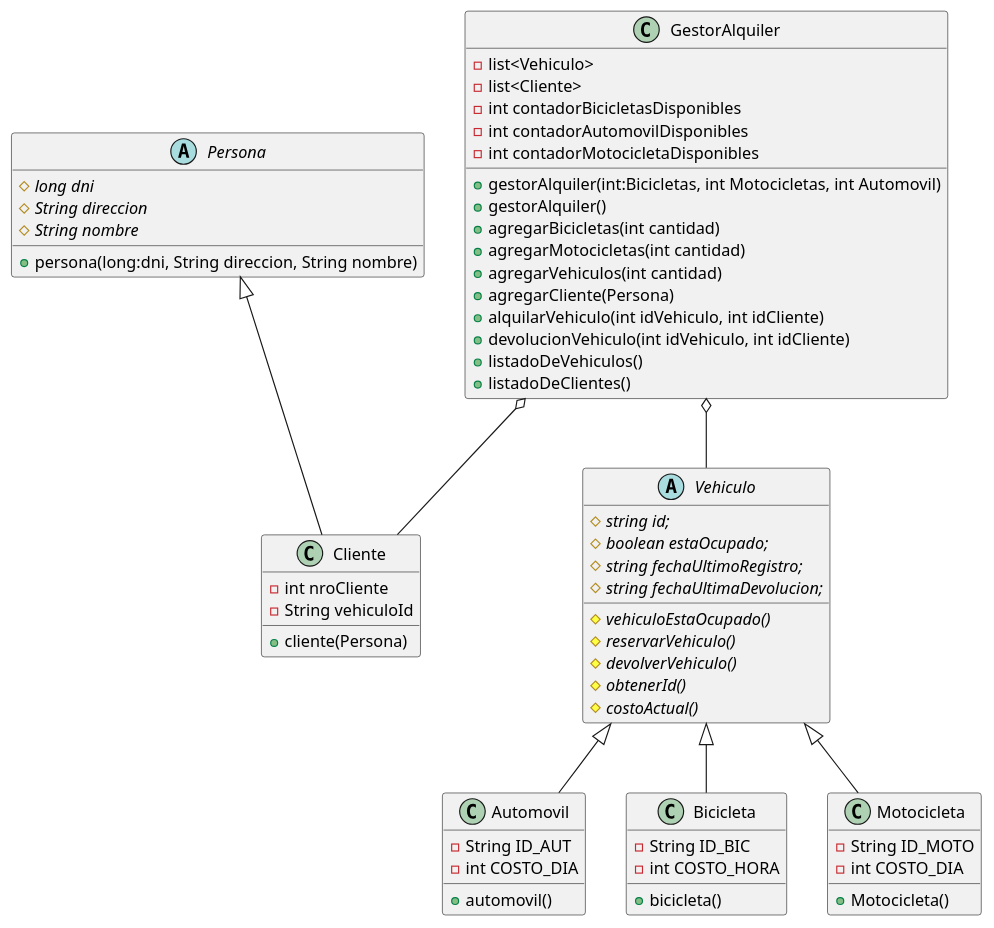
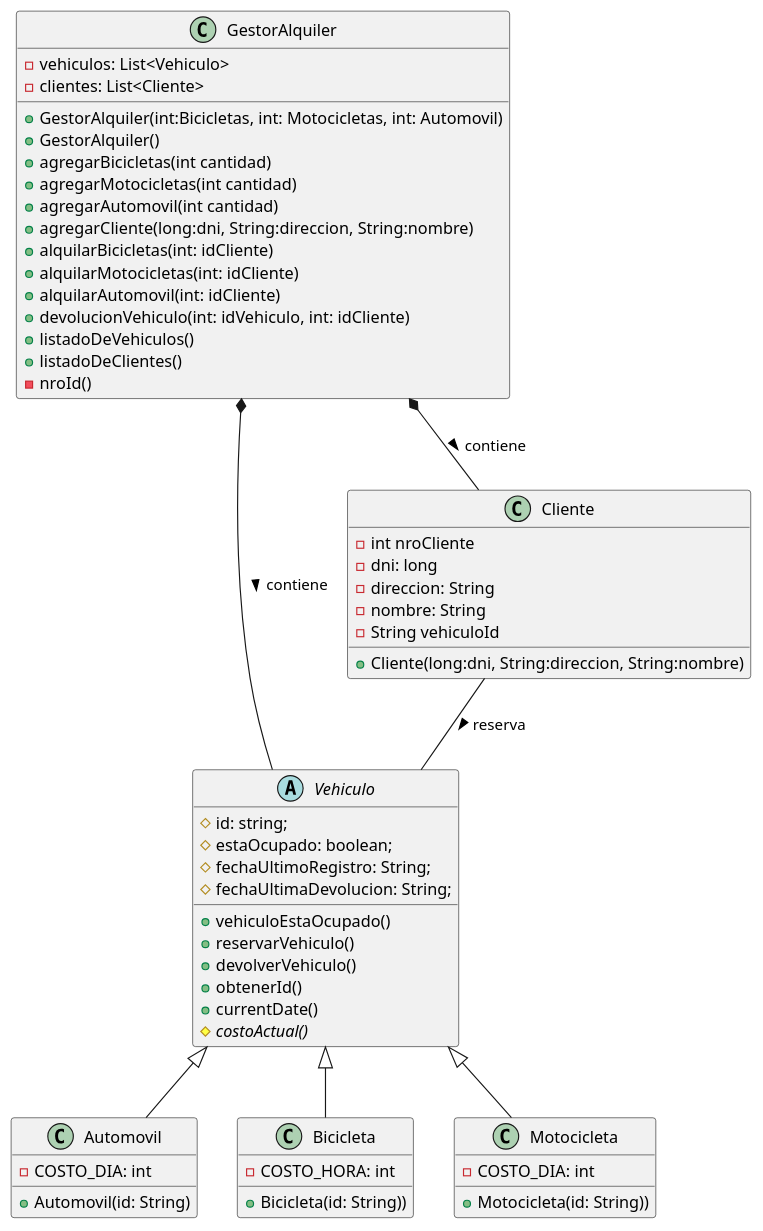
Before and after one commit to LauraMont/POO-UADE: the diagram in Clase3/classDiagram.puml, drawn with PlantUML. The commit also changed 8 other files, not shown here.

Commit message:
clase3: Se agregaron nuevos cambios en el diagrama de clases. Ademas se implemento una primera version de la resolucion del problema

```diff
--- a/Clase3/classDiagram.puml
+++ b/Clase3/classDiagram.puml
@@ -1,80 +1,72 @@
 @startuml
 
-class           Persona
 abstract        Vehiculo
 class           Cliente
 class           Automovil
 class           Bicicleta
 class           Motocicleta
 class           GestorAlquiler
 
 Vehiculo <|-- Bicicleta
 Vehiculo <|-- Automovil
 Vehiculo <|-- Motocicleta
-GestorAlquiler o-- Cliente
-GestorAlquiler o-- Vehiculo
-
-Persona <|-- Cliente
-
-abstract Persona{
-     # {abstract} long dni
-     # {abstract} String direccion
-     # {abstract} String nombre
-     + persona(long:dni, String direccion, String nombre)
-}
+GestorAlquiler *-- Cliente :> contiene
+GestorAlquiler *-- Vehiculo :> contiene
+Cliente -- Vehiculo :> reserva
 
 class Cliente{
      - int nroCliente
+     - dni: long
+     - direccion: String
+     - nombre: String
      - String vehiculoId
-     + cliente(Persona)
+     + Cliente(long:dni, String:direccion, String:nombre)
 }
 
 class GestorAlquiler{
-    - list<Vehiculo>
-    - list<Cliente>
-    - int contadorBicicletasDisponibles
-    - int contadorAutomovilDisponibles
-    - int contadorMotocicletaDisponibles
-    + gestorAlquiler(int:Bicicletas, int Motocicletas, int Automovil)
-    + gestorAlquiler()
+    - vehiculos: List<Vehiculo>
+    - clientes: List<Cliente>
+    + GestorAlquiler(int:Bicicletas, int: Motocicletas, int: Automovil)
+    + GestorAlquiler()
     + agregarBicicletas(int cantidad)
     + agregarMotocicletas(int cantidad)
-    + agregarVehiculos(int cantidad)
-    + agregarCliente(Persona)
-    + alquilarVehiculo(int idVehiculo, int idCliente)
-    + devolucionVehiculo(int idVehiculo, int idCliente)
+    + agregarAutomovil(int cantidad)
+    + agregarCliente(long:dni, String:direccion, String:nombre)
+    + alquilarBicicletas(int: idCliente)
+    + alquilarMotocicletas(int: idCliente)
+    + alquilarAutomovil(int: idCliente)
+    + devolucionVehiculo(int: idVehiculo, int: idCliente)
     + listadoDeVehiculos()
     + listadoDeClientes()
+    - nroId()
 }
 
 abstract Vehiculo{
-     #  {abstract} string id;
-     #  {abstract} boolean estaOcupado;
-     #  {abstract} string fechaUltimoRegistro;
-     #  {abstract} string fechaUltimaDevolucion;
-     #  {abstract} vehiculoEstaOcupado()
-     #  {abstract} reservarVehiculo()
-     #  {abstract} devolverVehiculo()
-     #  {abstract} obtenerId()
+     #  id: string;
+     #  estaOcupado: boolean;
+     #  fechaUltimoRegistro: String;
+     #  fechaUltimaDevolucion: String;
+     +  vehiculoEstaOcupado()
+     +  reservarVehiculo()
+     +  devolverVehiculo()
+     +  obtenerId()
+     +  currentDate()
      #  {abstract} costoActual()
 }
 
 class Automovil{
-     - String ID_AUT
-     - int COSTO_DIA
-     + automovil()
+     - COSTO_DIA: int
+     + Automovil(id: String)
 }
 
 class Bicicleta{
-     - String ID_BIC
-     - int COSTO_HORA
-     + bicicleta()
+     - COSTO_HORA: int
+     + Bicicleta(id: String))
 }
 
 class Motocicleta{
-     - String ID_MOTO
-     - int COSTO_DIA
-     + Motocicleta()
+     - COSTO_DIA: int
+     + Motocicleta(id: String))
 }
 
 @enduml
```
